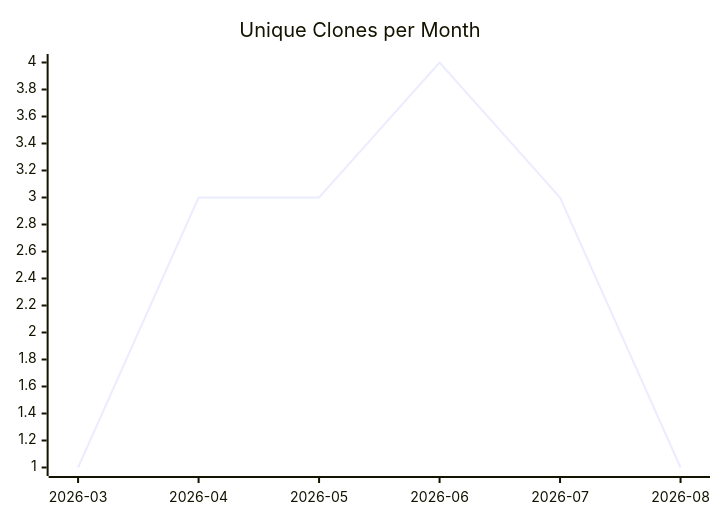
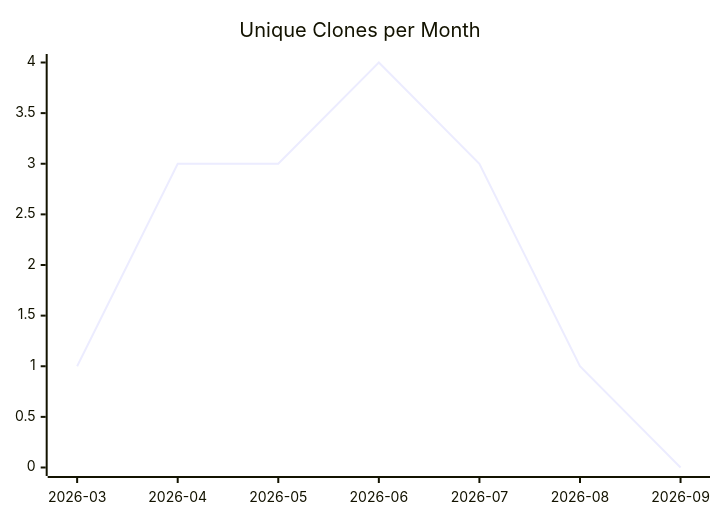
The third of 3 diagrams in karlmdavis/ansible-jenkins/README.md (justdavis-family/github-analytics-data), drawn with Mermaid before and after one commit. The commit also changed other lines of this file and 191 other files, not shown here.

````diff
--- a/karlmdavis/ansible-jenkins/README.md
+++ b/karlmdavis/ansible-jenkins/README.md
@@ -19,6 +19,6 @@
 ```mermaid
 xychart-beta
   title "Unique Clones per Month"
-  x-axis ["2026-03", "2026-04", "2026-05", "2026-06", "2026-07", "2026-08"]
-  line [1, 3, 3, 4, 3, 1]
+  x-axis ["2026-03", "2026-04", "2026-05", "2026-06", "2026-07", "2026-08", "2026-09"]
+  line [1, 3, 3, 4, 3, 1, 0]
 ```
````
